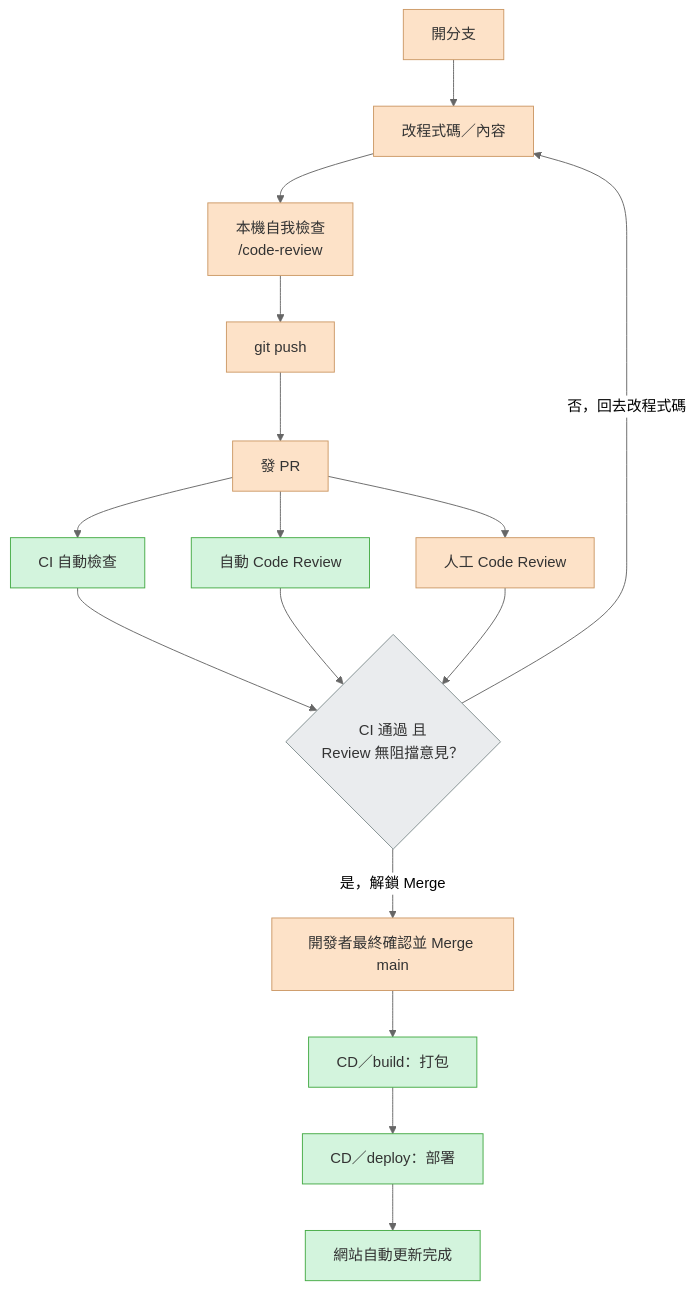
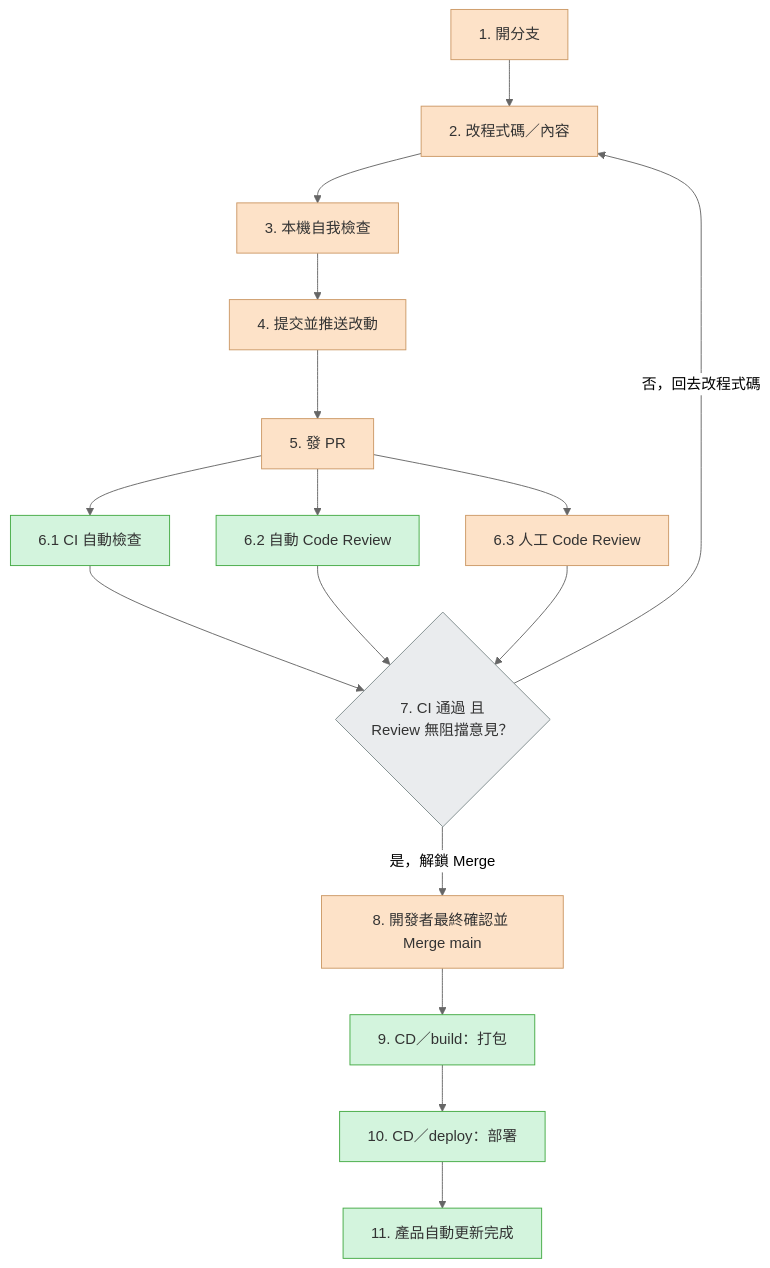
One commit to Study2Strong/Launch-Your-Vibe-Coding-Product changed the diagram in docs/index.md. Above: the diagram before and after it, drawn with Mermaid (neutral theme). The commit also changed other lines of this file and 1 other file, not shown here.

````diff
--- a/docs/index.md
+++ b/docs/index.md
@@ -31,25 +70,25 @@
 ```mermaid
 flowchart TD
-    A[開分支]:::manual --> B[改程式碼／內容]:::manual
-    B --> C["本機自我檢查<br/>/code-review"]:::manual
-    C --> D[git push]:::manual
-    D --> E[發 PR]:::manual
+    A["1. 開分支"]:::manual --> B["2. 改程式碼／內容"]:::manual
+    B --> C["3. 本機自我檢查"]:::manual
+    C --> D["4. 提交並推送改動"]:::manual
+    D --> E["5. 發 PR"]:::manual
 
-    E --> F[CI 自動檢查]:::auto
-    E --> G[自動 Code Review]:::auto
-    E --> H[人工 Code Review]:::manual
+    E --> F["6.1 CI 自動檢查"]:::auto
+    E --> G["6.2 自動 Code Review"]:::auto
+    E --> H["6.3 人工 Code Review"]:::manual
 
-    F --> I{"CI 通過 且<br/>Review 無阻擋意見？"}:::decision
+    F --> I{"7. CI 通過 且<br/>Review 無阻擋意見？"}:::decision
     G --> I
     H --> I
     I -- 否，回去改程式碼 --> B
-    I -- 是，解鎖 Merge --> J[開發者最終確認並 Merge main]:::manual
+    I -- 是，解鎖 Merge --> J["8. 開發者最終確認並 Merge main"]:::manual
 
-    J --> K[CD／build：打包]:::auto
-    K --> L[CD／deploy：部署]:::auto
-    L --> M[網站自動更新完成]:::auto
+    J --> K["9. CD／build：打包"]:::auto
+    K --> L["10. CD／deploy：部署"]:::auto
+    L --> M["11. 產品自動更新完成"]:::auto
 
     classDef manual fill:#fde2c8,stroke:#c96,color:#333;
     classDef auto fill:#d3f4dd,stroke:#4a4,color:#333;
     classDef decision fill:#eaecee,stroke:#7f8c8d,color:#333;
 ```
````
